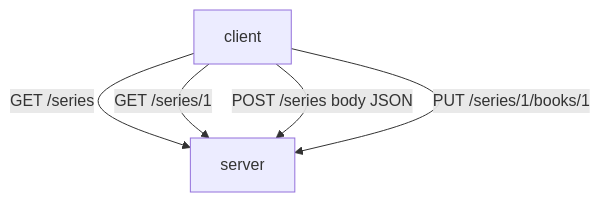
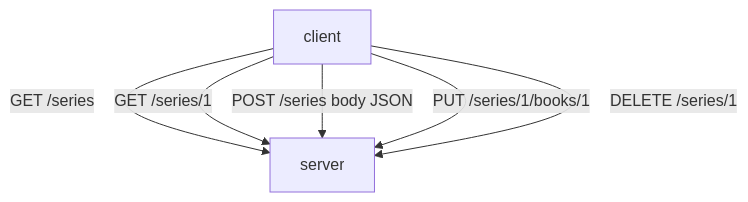
The third of 5 diagrams in README.md (wkktoria/Bookify), drawn with Mermaid before and after one commit. The commit also changed other lines of this file, not shown here.

Commit message:
Update diagrams in readme

````diff
--- a/README.md
+++ b/README.md
@@ -194,7 +194,8 @@
 ```mermaid
     flowchart TD
     client -->|GET /series| server
     client -->|GET /series/1| server
     client -->|POST /series body JSON| server
     client -->|PUT /series/1/books/1| server
+    client -->|DELETE /series/1| server
 ```
````
